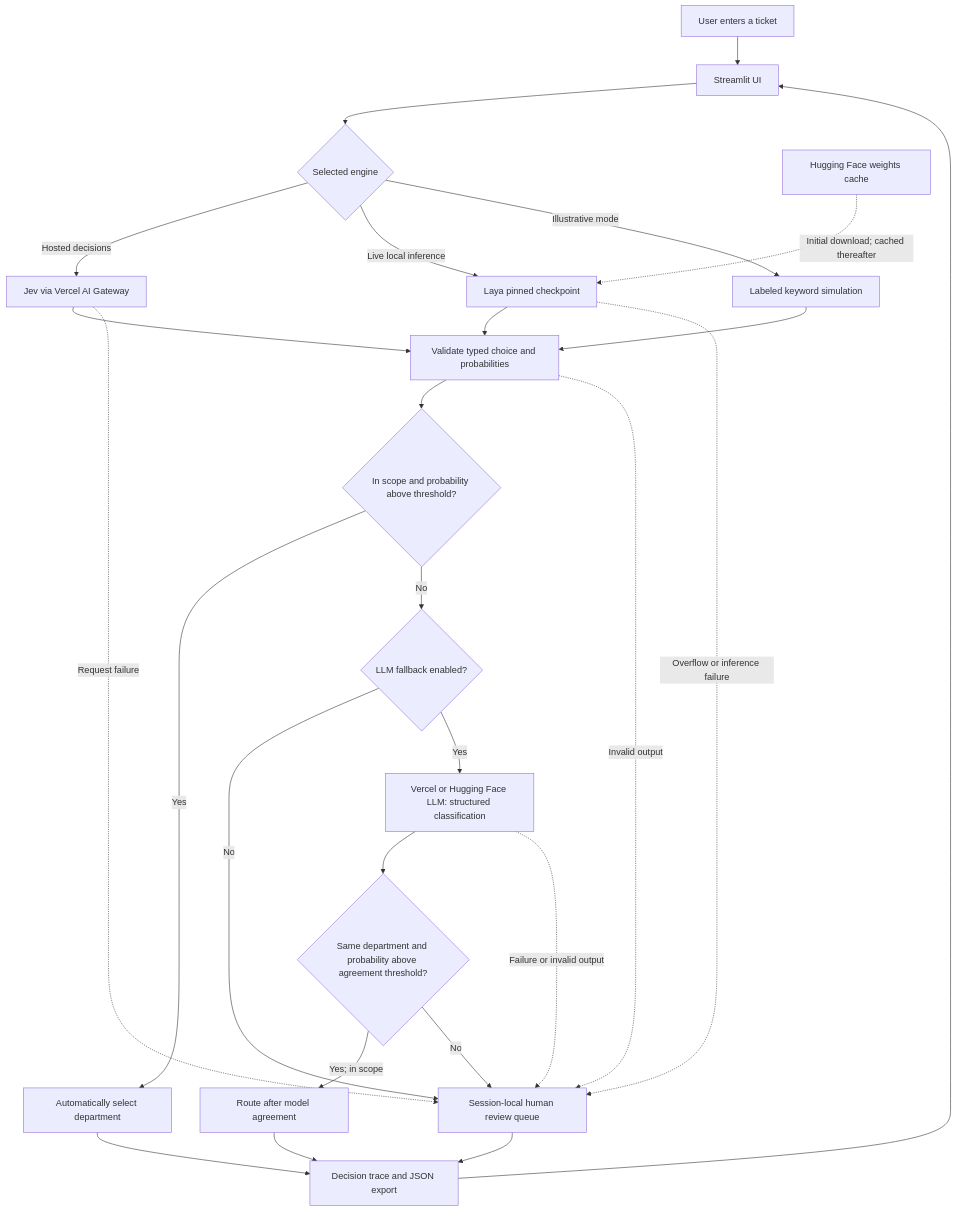
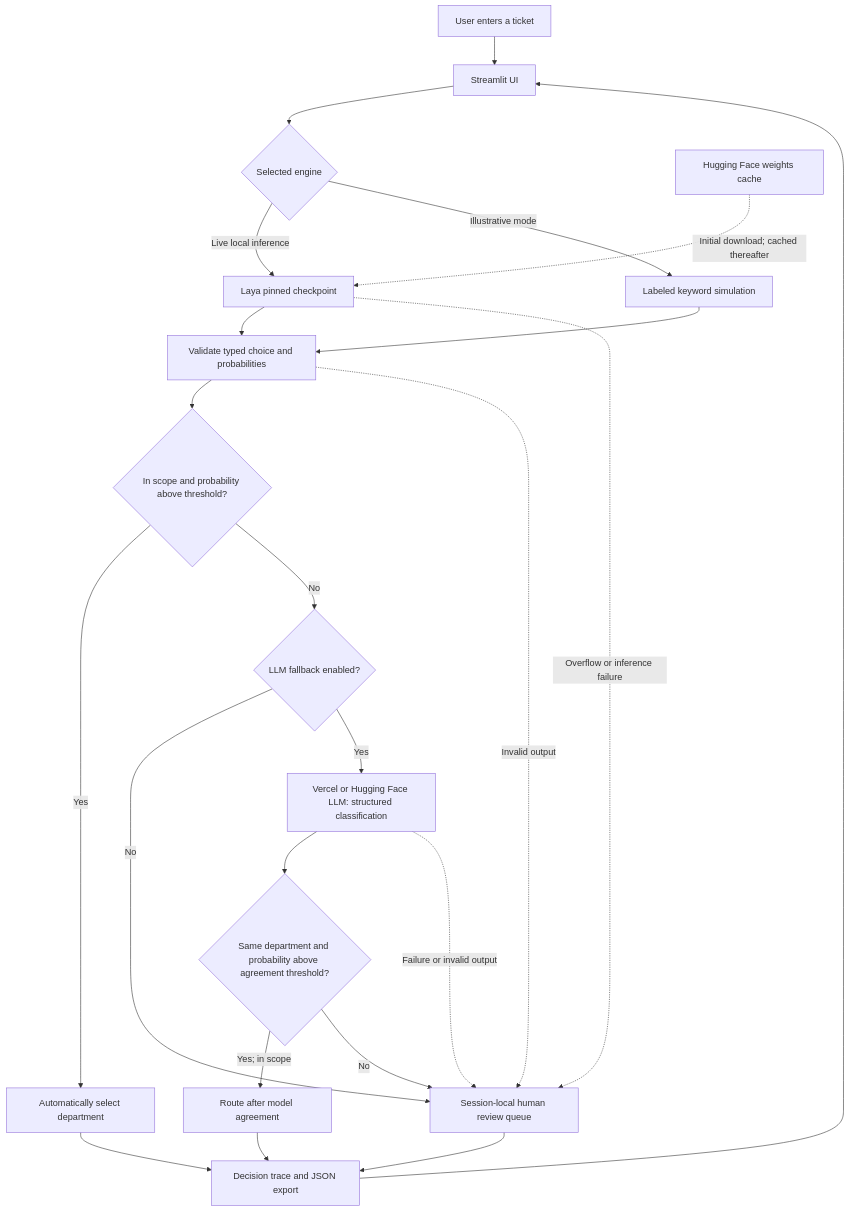
The first of 2 diagrams in docs/architecture.md (nikhilbhide/decision-router), drawn with Mermaid before and after one commit. The commit also changed other lines of this file and 26 other files, not shown here.

````diff
--- a/docs/architecture.md
+++ b/docs/architecture.md
@@ -5,28 +5,25 @@
 ```mermaid
 flowchart TD
     User["User enters a ticket"] --> UI["Streamlit UI"]
     UI --> Provider{"Selected engine"}
-    Provider -->|"Hosted decisions"| Jev["Jev via Vercel AI Gateway"]
     Provider -->|"Live local inference"| Laya["Laya pinned checkpoint"]
     Provider -->|"Illustrative mode"| Sim["Labeled keyword simulation"]
     HF["Hugging Face weights cache"] -.->|"Initial download; cached thereafter"| Laya
     Laya --> Valid["Validate typed choice and probabilities"]
-    Jev --> Valid
     Sim --> Valid
     Valid --> Gate{"In scope and probability above threshold?"}
     Gate -->|"Yes"| Auto["Automatically select department"]
     Gate -->|"No"| Enabled{"LLM fallback enabled?"}
     Enabled -->|"No"| Human["Session-local human review queue"]
     Enabled -->|"Yes"| LLM["Vercel or Hugging Face LLM: structured classification"]
     LLM --> Agree{"Same department and probability above agreement threshold?"}
     Agree -->|"Yes; in scope"| FallbackAuto["Route after model agreement"]
     Agree -->|"No"| Human
     Laya -.->|"Overflow or inference failure"| Human
-    Jev -.->|"Request failure"| Human
     Valid -.->|"Invalid output"| Human
     LLM -.->|"Failure or invalid output"| Human
     Auto --> Trace["Decision trace and JSON export"]
     FallbackAuto --> Trace
     Human --> Trace
     Trace --> UI
 ```
````
